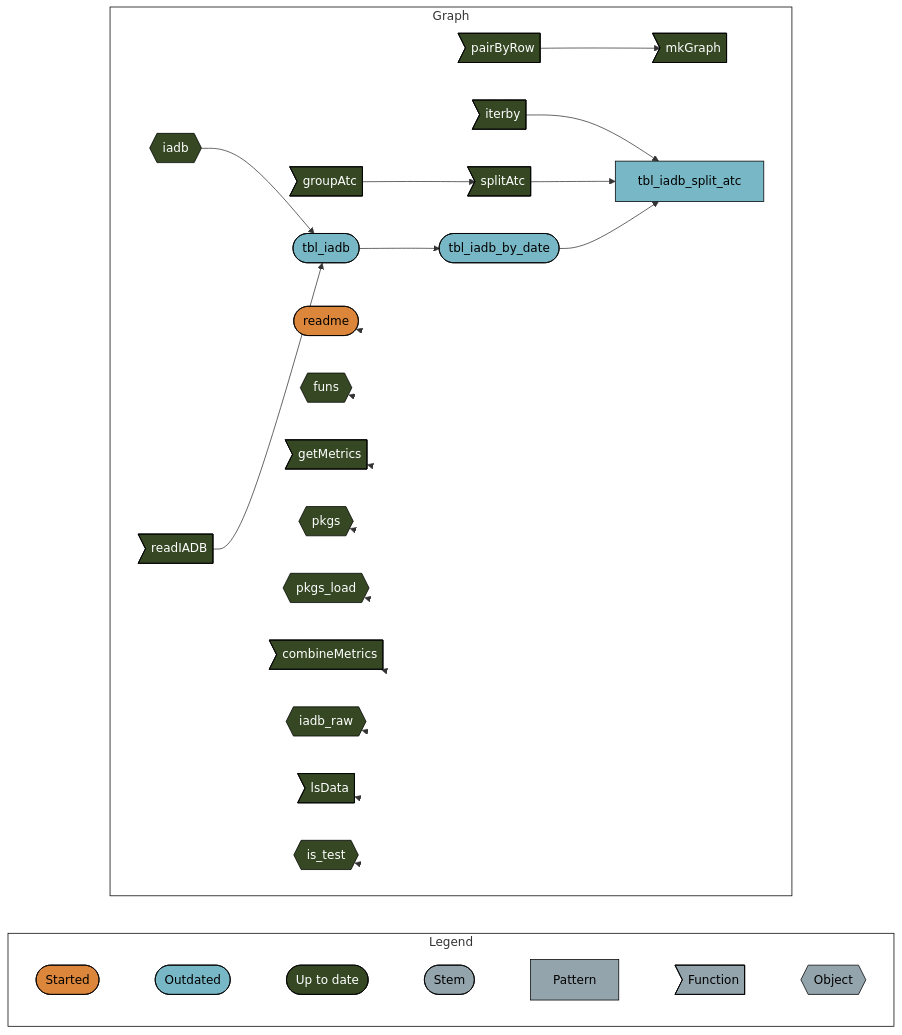
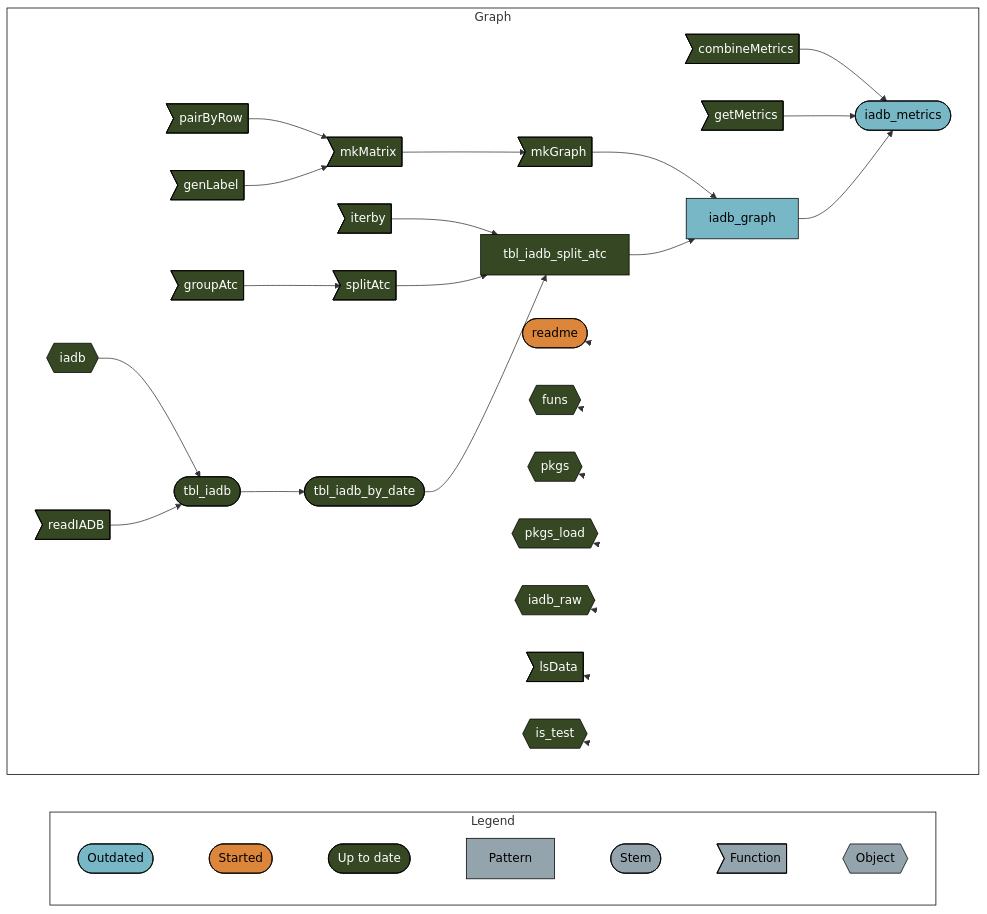
One commit to namakala/medication-trend changed the diagram in README.md. Above: the diagram before and after it, drawn with Mermaid. The commit also changed other lines of this file and 1 other file, not shown here.

````diff
--- a/README.md
+++ b/README.md
@@ -59,53 +55,56 @@
 ``` mermaid
 graph LR
   style Legend fill:#FFFFFF00,stroke:#000000;
   style Graph fill:#FFFFFF00,stroke:#000000;
   subgraph Legend
     direction LR
-    x5b3426b4c7fa7dbc([""Started""]):::started --- x0a52b03877696646([""Outdated""]):::outdated
-    x0a52b03877696646([""Outdated""]):::outdated --- x7420bd9270f8d27d([""Up to date""]):::uptodate
-    x7420bd9270f8d27d([""Up to date""]):::uptodate --- xbf4603d6c2c2ad6b([""Stem""]):::none
-    xbf4603d6c2c2ad6b([""Stem""]):::none --- x70a5fa6bea6f298d[""Pattern""]:::none
-    x70a5fa6bea6f298d[""Pattern""]:::none --- xf0bce276fe2b9d3e>""Function""]:::none
+    x0a52b03877696646([""Outdated""]):::outdated --- x5b3426b4c7fa7dbc([""Started""]):::started
+    x5b3426b4c7fa7dbc([""Started""]):::started --- x7420bd9270f8d27d([""Up to date""]):::uptodate
+    x7420bd9270f8d27d([""Up to date""]):::uptodate --- x70a5fa6bea6f298d[""Pattern""]:::none
+    x70a5fa6bea6f298d[""Pattern""]:::none --- xbf4603d6c2c2ad6b([""Stem""]):::none
+    xbf4603d6c2c2ad6b([""Stem""]):::none --- xf0bce276fe2b9d3e>""Function""]:::none
     xf0bce276fe2b9d3e>""Function""]:::none --- x5bffbffeae195fc9{{""Object""}}:::none
   end
   subgraph Graph
     direction LR
-    xec523c05a7988872>"pairByRow"]:::uptodate --> x9ca1aa7607080a7b>"mkGraph"]:::uptodate
+    xec523c05a7988872>"pairByRow"]:::uptodate --> x970b27788a81a7b0>"mkMatrix"]:::uptodate
     x4e58fb85b5f553b2>"groupAtc"]:::uptodate --> x7514d3a2992ccd63>"splitAtc"]:::uptodate
-    x771a367f0ef7807a>"iterby"]:::uptodate --> xf7e9b577faef0a3a["tbl_iadb_split_atc"]:::outdated
-    x7514d3a2992ccd63>"splitAtc"]:::uptodate --> xf7e9b577faef0a3a["tbl_iadb_split_atc"]:::outdated
-    x960707f0c582886a(["tbl_iadb_by_date"]):::outdated --> xf7e9b577faef0a3a["tbl_iadb_split_atc"]:::outdated
-    xf220e84da6d0ff6f(["tbl_iadb"]):::outdated --> x960707f0c582886a(["tbl_iadb_by_date"]):::outdated
-    x4a5693aa168fe170{{"iadb"}}:::uptodate --> xf220e84da6d0ff6f(["tbl_iadb"]):::outdated
-    x8d5064cb2dc0b750>"readIADB"]:::uptodate --> xf220e84da6d0ff6f(["tbl_iadb"]):::outdated
+    xc366d1d8806979f6>"genLabel"]:::uptodate --> x970b27788a81a7b0>"mkMatrix"]:::uptodate
+    x970b27788a81a7b0>"mkMatrix"]:::uptodate --> x9ca1aa7607080a7b>"mkGraph"]:::uptodate
+    xf220e84da6d0ff6f(["tbl_iadb"]):::uptodate --> x960707f0c582886a(["tbl_iadb_by_date"]):::uptodate
+    x4a5693aa168fe170{{"iadb"}}:::uptodate --> xf220e84da6d0ff6f(["tbl_iadb"]):::uptodate
+    x8d5064cb2dc0b750>"readIADB"]:::uptodate --> xf220e84da6d0ff6f(["tbl_iadb"]):::uptodate
+    x771a367f0ef7807a>"iterby"]:::uptodate --> xf7e9b577faef0a3a["tbl_iadb_split_atc"]:::uptodate
+    x7514d3a2992ccd63>"splitAtc"]:::uptodate --> xf7e9b577faef0a3a["tbl_iadb_split_atc"]:::uptodate
+    x960707f0c582886a(["tbl_iadb_by_date"]):::uptodate --> xf7e9b577faef0a3a["tbl_iadb_split_atc"]:::uptodate
+    x9ca1aa7607080a7b>"mkGraph"]:::uptodate --> x278d817c06f60e98["iadb_graph"]:::outdated
+    xf7e9b577faef0a3a["tbl_iadb_split_atc"]:::uptodate --> x278d817c06f60e98["iadb_graph"]:::outdated
+    x07ac0b71f920f889>"combineMetrics"]:::uptodate --> xf2831b13ede46eac(["iadb_metrics"]):::outdated
+    x3902bbed135b0ec7>"getMetrics"]:::uptodate --> xf2831b13ede46eac(["iadb_metrics"]):::outdated
+    x278d817c06f60e98["iadb_graph"]:::outdated --> xf2831b13ede46eac(["iadb_metrics"]):::outdated
     x6e52cb0f1668cc22(["readme"]):::started --> x6e52cb0f1668cc22(["readme"]):::started
     x2166607dfe6e75f2{{"funs"}}:::uptodate --> x2166607dfe6e75f2{{"funs"}}:::uptodate
-    x3902bbed135b0ec7>"getMetrics"]:::uptodate --> x3902bbed135b0ec7>"getMetrics"]:::uptodate
     x2d15849e3198e8d1{{"pkgs"}}:::uptodate --> x2d15849e3198e8d1{{"pkgs"}}:::uptodate
     xea1cdd6f009574c2{{"pkgs_load"}}:::uptodate --> xea1cdd6f009574c2{{"pkgs_load"}}:::uptodate
-    x07ac0b71f920f889>"combineMetrics"]:::uptodate --> x07ac0b71f920f889>"combineMetrics"]:::uptodate
     x3ac540af10f1b504{{"iadb_raw"}}:::uptodate --> x3ac540af10f1b504{{"iadb_raw"}}:::uptodate
     xfb5278c6bbbf3460>"lsData"]:::uptodate --> xfb5278c6bbbf3460>"lsData"]:::uptodate
     xe1d1bcdb96b9c2dc{{"is_test"}}:::uptodate --> xe1d1bcdb96b9c2dc{{"is_test"}}:::uptodate
   end
+  classDef outdated stroke:#000000,color:#000000,fill:#78B7C5;
   classDef started stroke:#000000,color:#000000,fill:#DC863B;
-  classDef outdated stroke:#000000,color:#000000,fill:#78B7C5;
   classDef uptodate stroke:#000000,color:#ffffff,fill:#354823;
   classDef none stroke:#000000,color:#000000,fill:#94a4ac;
   linkStyle 0 stroke-width:0px;
   linkStyle 1 stroke-width:0px;
   linkStyle 2 stroke-width:0px;
   linkStyle 3 stroke-width:0px;
   linkStyle 4 stroke-width:0px;
   linkStyle 5 stroke-width:0px;
-  linkStyle 14 stroke-width:0px;
-  linkStyle 15 stroke-width:0px;
-  linkStyle 16 stroke-width:0px;
-  linkStyle 17 stroke-width:0px;
-  linkStyle 18 stroke-width:0px;
-  linkStyle 19 stroke-width:0px;
-  linkStyle 20 stroke-width:0px;
   linkStyle 21 stroke-width:0px;
   linkStyle 22 stroke-width:0px;
+  linkStyle 23 stroke-width:0px;
+  linkStyle 24 stroke-width:0px;
+  linkStyle 25 stroke-width:0px;
+  linkStyle 26 stroke-width:0px;
+  linkStyle 27 stroke-width:0px;
 ```
````
